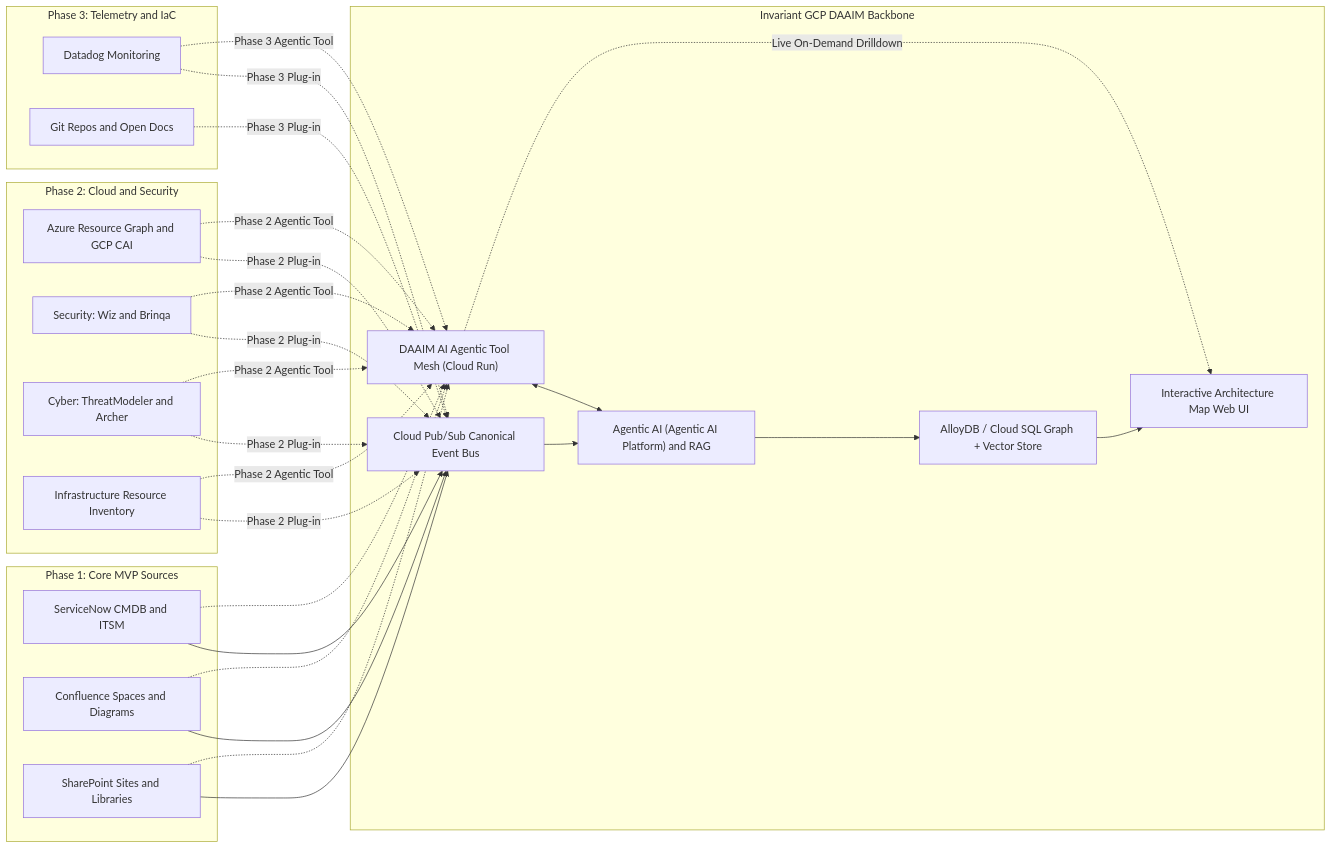
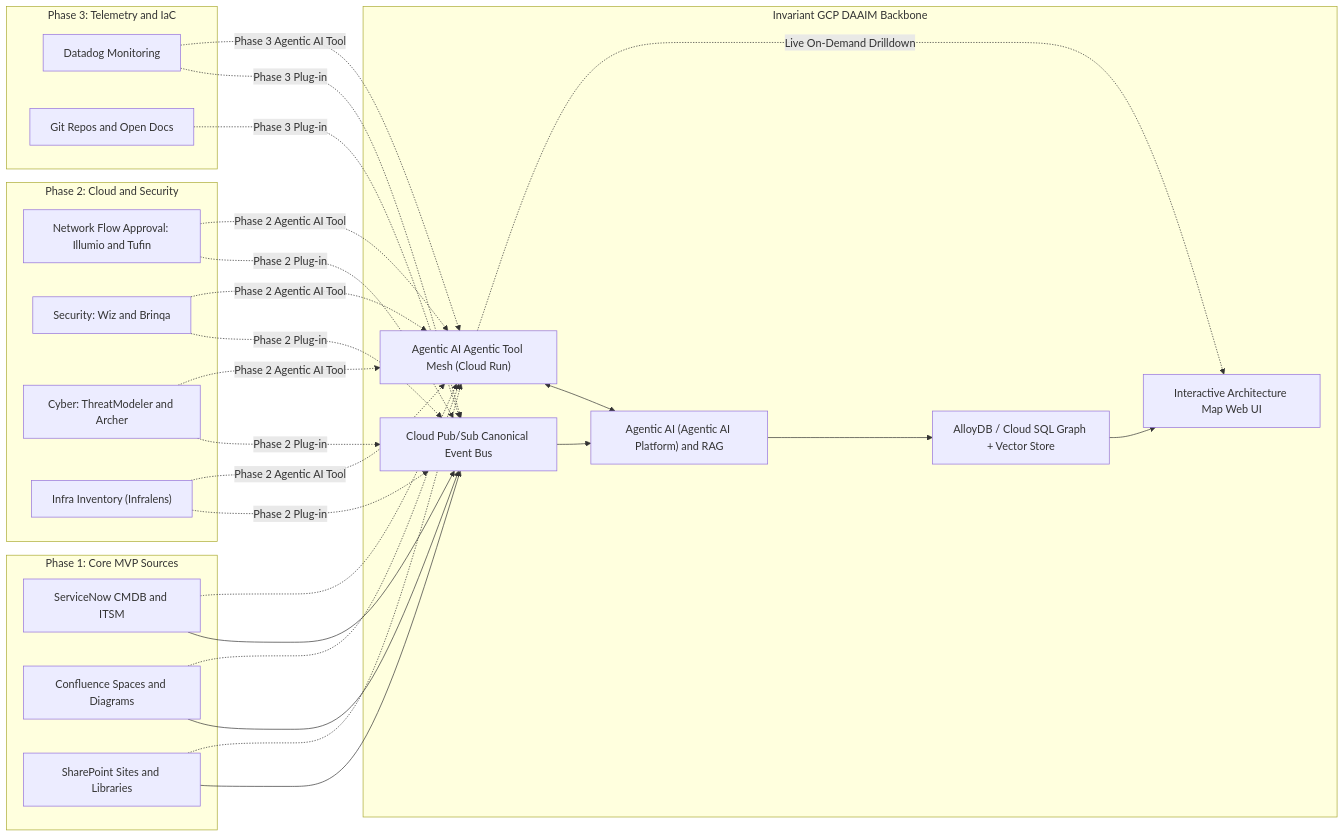
One commit to ScrappyBeard/DAAIM changed the first of 9 diagrams in docs/daaim_architecture_design_doc.md. Above: the diagram before and after it, drawn with Mermaid. The commit also changed other lines of this file and 2 other files, not shown here.

````diff
--- a/docs/daaim_architecture_design_doc.md
+++ b/docs/daaim_architecture_design_doc.md
@@ -35,54 +35,54 @@
 ```mermaid
 flowchart LR
     subgraph P1["Phase 1: Core MVP Sources"]
         SNOW["ServiceNow CMDB and ITSM"]
         CONF["Confluence Spaces and Diagrams"]
         SP["SharePoint Sites and Libraries"]
     end
 
     subgraph P2["Phase 2: Cloud and Security"]
-        CLOUD["Azure Resource Graph and GCP CAI"]
+        CLOUD["Network Flow Approval: Illumio and Tufin"]
         SEC["Security: Wiz and Brinqa"]
         CYBER["Cyber: ThreatModeler and Archer"]
-        RES["Infrastructure Resource Inventory"]
+        RES["Infra Inventory (Infralens)"]
     end
 
     subgraph P3["Phase 3: Telemetry and IaC"]
         OBS["Datadog Monitoring"]
         GIT["Git Repos and Open Docs"]
     end
 
     subgraph CORE["Invariant GCP DAAIM Backbone"]
         PUBSUB["Cloud Pub/Sub Canonical Event Bus"]
-        TOOL_MESH["DAAIM AI Agentic Tool Mesh (Cloud Run)"]
+        TOOL_MESH["Agentic AI Agentic Tool Mesh (Cloud Run)"]
         VERTEX["Agentic AI (Agentic AI Platform) and RAG"]
         STORE["AlloyDB / Cloud SQL Graph + Vector Store"]
         UI["Interactive Architecture Map Web UI"]
     end
 
     SNOW --> PUBSUB
     CONF --> PUBSUB
     SP --> PUBSUB
     SNOW -.-> TOOL_MESH
     CONF -.-> TOOL_MESH
     SP -.-> TOOL_MESH
 
     CLOUD -.->|"Phase 2 Plug-in"| PUBSUB
     SEC -.->|"Phase 2 Plug-in"| PUBSUB
     CYBER -.->|"Phase 2 Plug-in"| PUBSUB
     RES -.->|"Phase 2 Plug-in"| PUBSUB
-    CLOUD -.->|"Phase 2 Agentic Tool"| TOOL_MESH
-    SEC -.->|"Phase 2 Agentic Tool"| TOOL_MESH
-    CYBER -.->|"Phase 2 Agentic Tool"| TOOL_MESH
-    RES -.->|"Phase 2 Agentic Tool"| TOOL_MESH
+    CLOUD -.->|"Phase 2 Agentic AI Tool"| TOOL_MESH
+    SEC -.->|"Phase 2 Agentic AI Tool"| TOOL_MESH
+    CYBER -.->|"Phase 2 Agentic AI Tool"| TOOL_MESH
+    RES -.->|"Phase 2 Agentic AI Tool"| TOOL_MESH
 
     OBS -.->|"Phase 3 Plug-in"| PUBSUB
     GIT -.->|"Phase 3 Plug-in"| PUBSUB
-    OBS -.->|"Phase 3 Agentic Tool"| TOOL_MESH
+    OBS -.->|"Phase 3 Agentic AI Tool"| TOOL_MESH
 
     PUBSUB --> VERTEX
     TOOL_MESH <--> VERTEX
     VERTEX --> STORE
     STORE --> UI
     TOOL_MESH -.->|"Live On-Demand Drilldown"| UI
 ```
````
